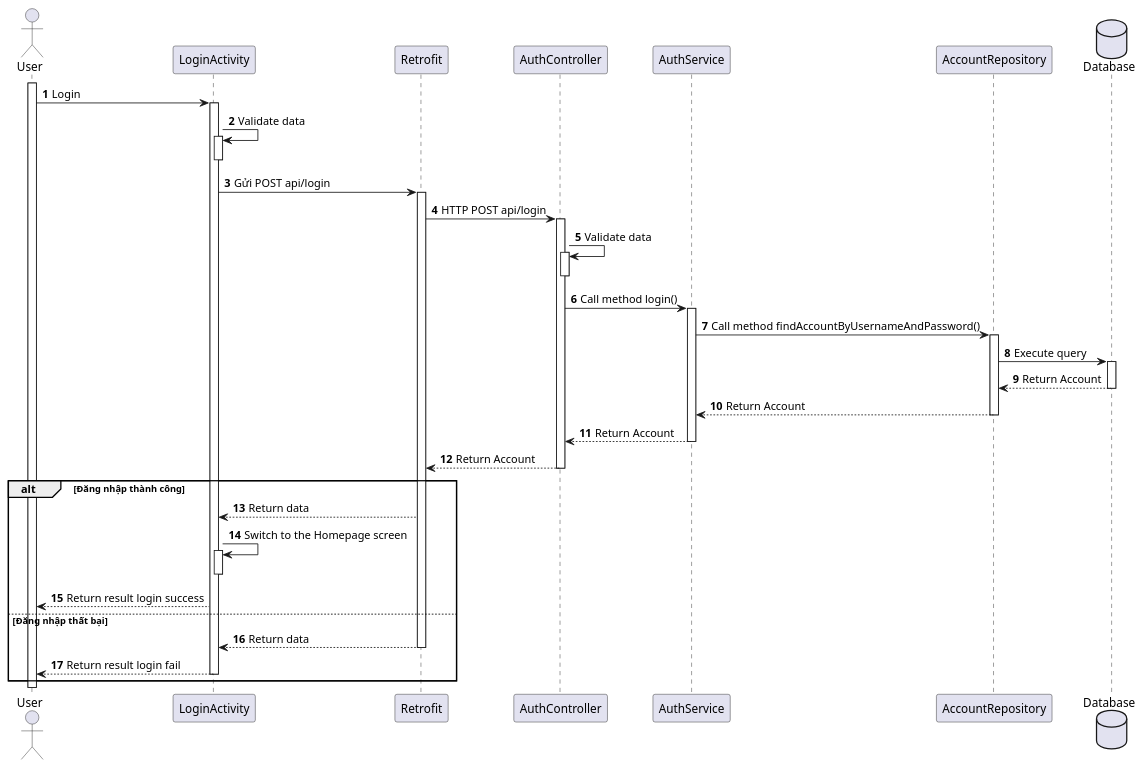
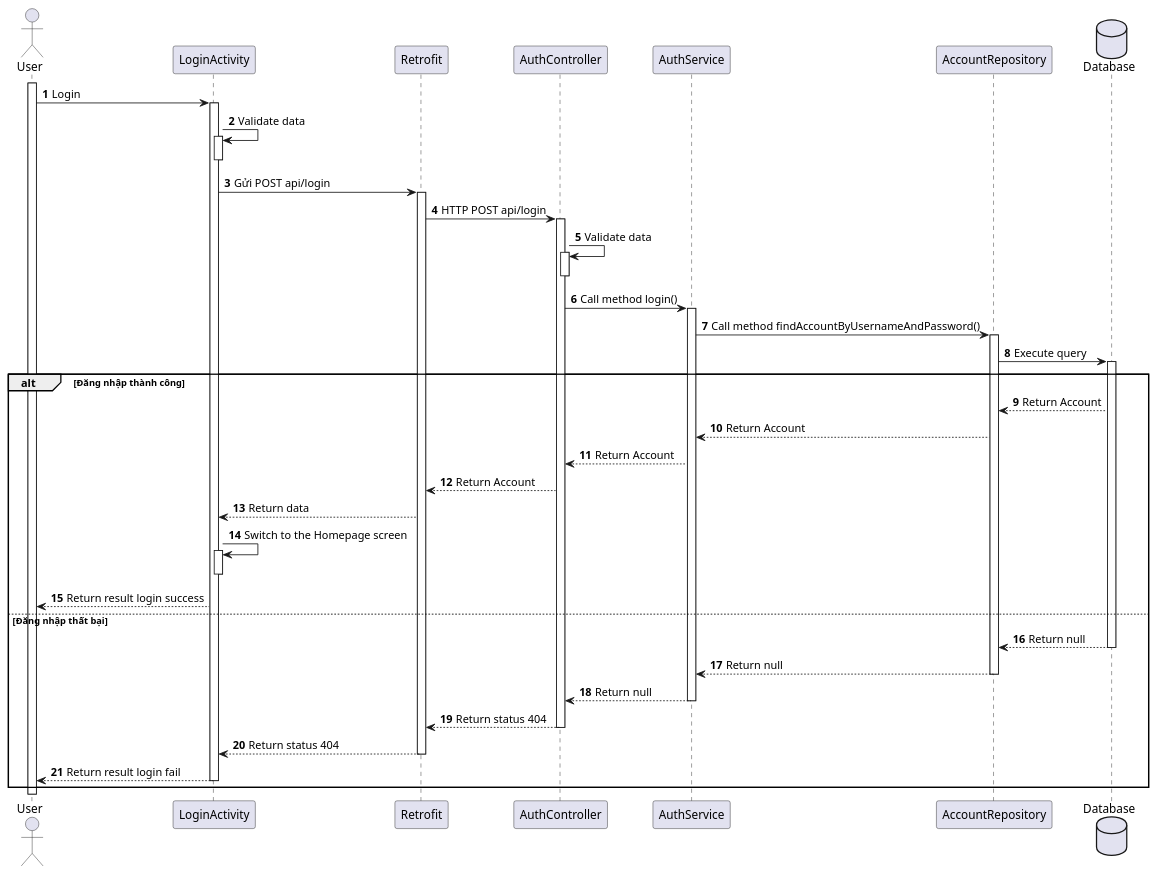
One commit to Annthe160639/japanese-app changed the diagram in japanese-app/plant_uml/[Sequence] Login.puml. Above: the diagram before and after it, drawn with PlantUML. The commit also changed 13 other files, not shown here.

```diff
--- a/japanese-app/plant_uml/[Sequence] Login.puml
+++ b/japanese-app/plant_uml/[Sequence] Login.puml
@@ -1,55 +1,60 @@
 @startuml
 'https://plantuml.com/sequence-diagram
 
 'use case: đăng nhập
 
 actor User
 
 participant LoginActivity as Login
 participant Retrofit
 participant AuthController
 participant AuthService
 participant AccountRepository
 
 database Database
 
 activate User
 
 autonumber
 User -> Login: Login
 activate Login
 Login -> Login: Validate data
 activate Login
 deactivate Login
 
 Login -> Retrofit: Gửi POST api/login
 activate Retrofit
 Retrofit -> AuthController++: HTTP POST api/login
 
 AuthController -> AuthController: Validate data
 activate AuthController
 deactivate AuthController
 AuthController -> AuthService++: Call method login()
 AuthService -> AccountRepository++: Call method findAccountByUsernameAndPassword()
 AccountRepository -> Database++: Execute query
 
-Database --> AccountRepository--: Return Account
-AccountRepository --> AuthService--: Return Account
-AuthService --> AuthController--: Return Account
-AuthController --> Retrofit--: Return Account
+alt Đăng nhập thành công
+Database --> AccountRepository: Return Account
+AccountRepository --> AuthService: Return Account
+AuthService --> AuthController: Return Account
+AuthController --> Retrofit: Return Account
 
 
-alt Đăng nhập thành công
+
     Retrofit --> Login: Return data
     Login -> Login: Switch to the Homepage screen
     activate Login
     deactivate Login
     Login --> User: Return result login success
 
 else Đăng nhập thất bại
-    Retrofit --> Login: Return data
+Database --> AccountRepository--:Return null
+AccountRepository -->AuthService--:Return null
+AuthService --> AuthController--: Return null
+AuthController --> Retrofit--: Return status 404
+    Retrofit --> Login--: Return status 404
     deactivate Retrofit
     Login --> User: Return result login fail
     deactivate Login
     end
 @enduml
```
